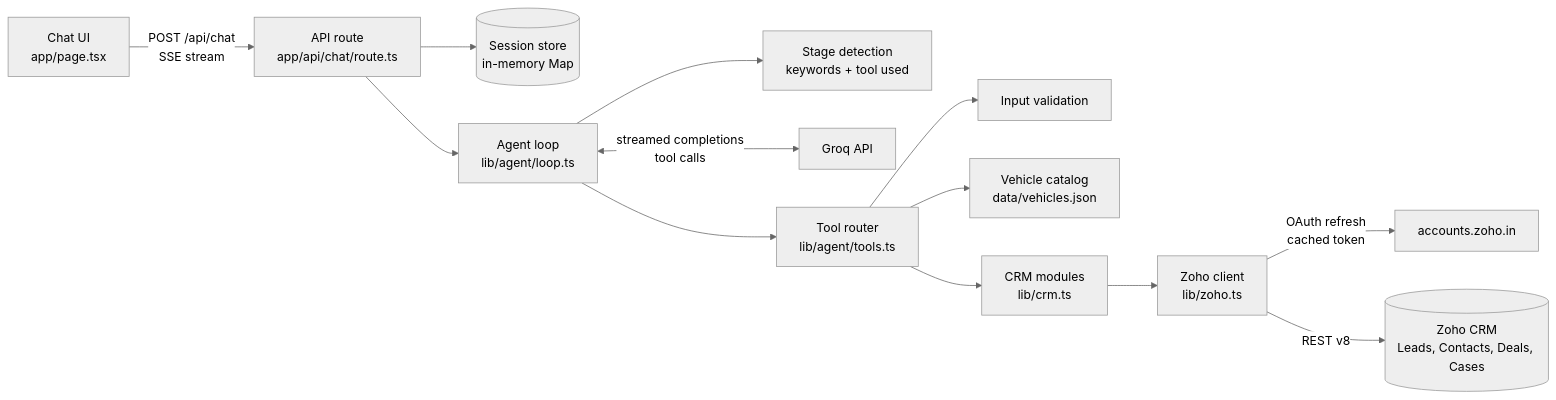
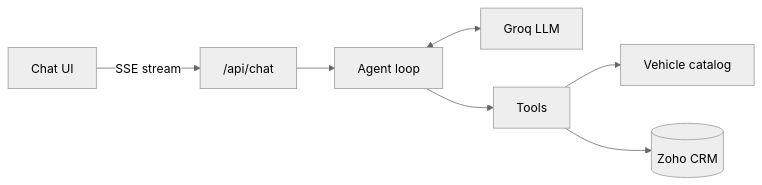
The diagram in README.md (irohitsinghgit/auto-crm-ai-agent), drawn with Mermaid (neutral theme) before and after one commit. The commit also changed other lines of this file, not shown here.

````diff
--- a/README.md
+++ b/README.md
@@ -18,15 +20,9 @@
 ```mermaid
 flowchart LR
-    UI["Chat UI<br/>app/page.tsx"] -- "POST /api/chat<br/>SSE stream" --> API["API route<br/>app/api/chat/route.ts"]
-    API --> SES[("Session store<br/>in-memory Map")]
-    API --> LOOP["Agent loop<br/>lib/agent/loop.ts"]
-    LOOP --> STAGE["Stage detection<br/>keywords + tool used"]
-    LOOP <-- "streamed completions<br/>tool calls" --> GROQ["Groq API"]
-    LOOP --> TOOLS["Tool router<br/>lib/agent/tools.ts"]
-    TOOLS --> VAL["Input validation"]
-    TOOLS --> CAT["Vehicle catalog<br/>data/vehicles.json"]
-    TOOLS --> CRM["CRM modules<br/>lib/crm.ts"]
-    CRM --> ZC["Zoho client<br/>lib/zoho.ts"]
-    ZC -- "OAuth refresh<br/>cached token" --> ACC["accounts.zoho.in"]
-    ZC -- "REST v8" --> ZOHO[("Zoho CRM<br/>Leads, Contacts, Deals, Cases")]
+    UI["Chat UI"] -- "SSE stream" --> API["/api/chat"]
+    API --> LOOP["Agent loop"]
+    LOOP <--> GROQ["Groq LLM"]
+    LOOP --> TOOLS["Tools"]
+    TOOLS --> CAT["Vehicle catalog"]
+    TOOLS --> ZOHO[("Zoho CRM")]
 ```
````
